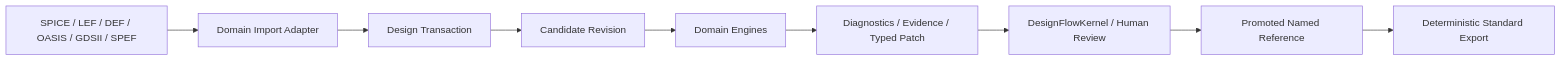
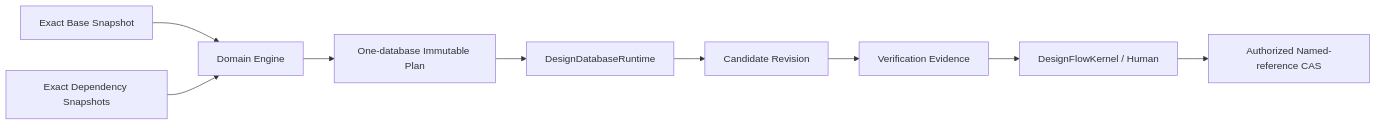
Before and after one commit to 1amageek/DesignDatabase: the first of 2 diagrams in DESIGN.md, drawn with Mermaid. The commit also changed other lines of this file and 376 other files, not shown here.

Commit message:
Implement immutable design database runtime

````diff
--- a/DESIGN.md
+++ b/DESIGN.md
@@ -16,11 +38,11 @@
 ```mermaid
 flowchart LR
-  StandardIn["SPICE / LEF / DEF / OASIS / GDSII / SPEF"] --> Adapter["Domain Import Adapter"]
-  Adapter --> Transaction["Design Transaction"]
-  Transaction --> Candidate["Candidate Revision"]
-  Candidate --> Engines["Domain Engines"]
-  Engines --> Evidence["Diagnostics / Evidence / Typed Patch"]
-  Evidence --> Review["DesignFlowKernel / Human Review"]
-  Review --> Head["Promoted Named Reference"]
-  Head --> StandardOut["Deterministic Standard Export"]
+  Snapshot["Exact Base Snapshot"] --> Engine["Domain Engine"]
+  Dependencies["Exact Dependency Snapshots"] --> Engine
+  Engine --> Plan["One-database Immutable Plan"]
+  Plan --> Commit["DesignDatabaseRuntime"]
+  Commit --> Candidate["Candidate Revision"]
+  Candidate --> Evidence["Verification Evidence"]
+  Evidence --> Approval["DesignFlowKernel / Human"]
+  Approval --> Ref["Authorized Named-reference CAS"]
 ```
````
